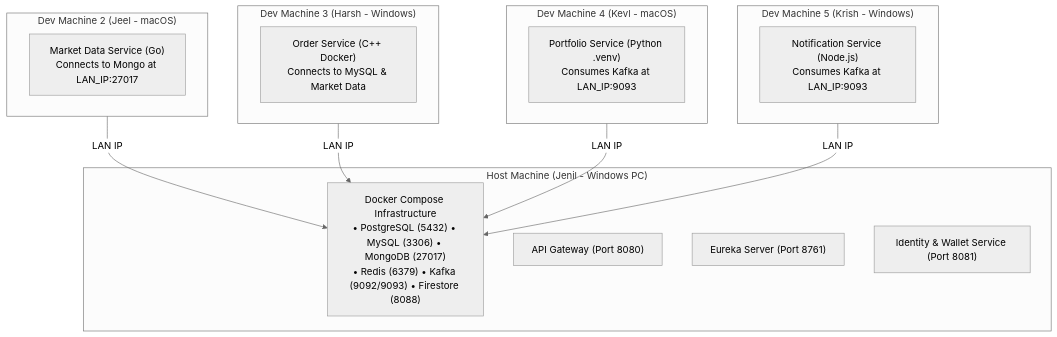
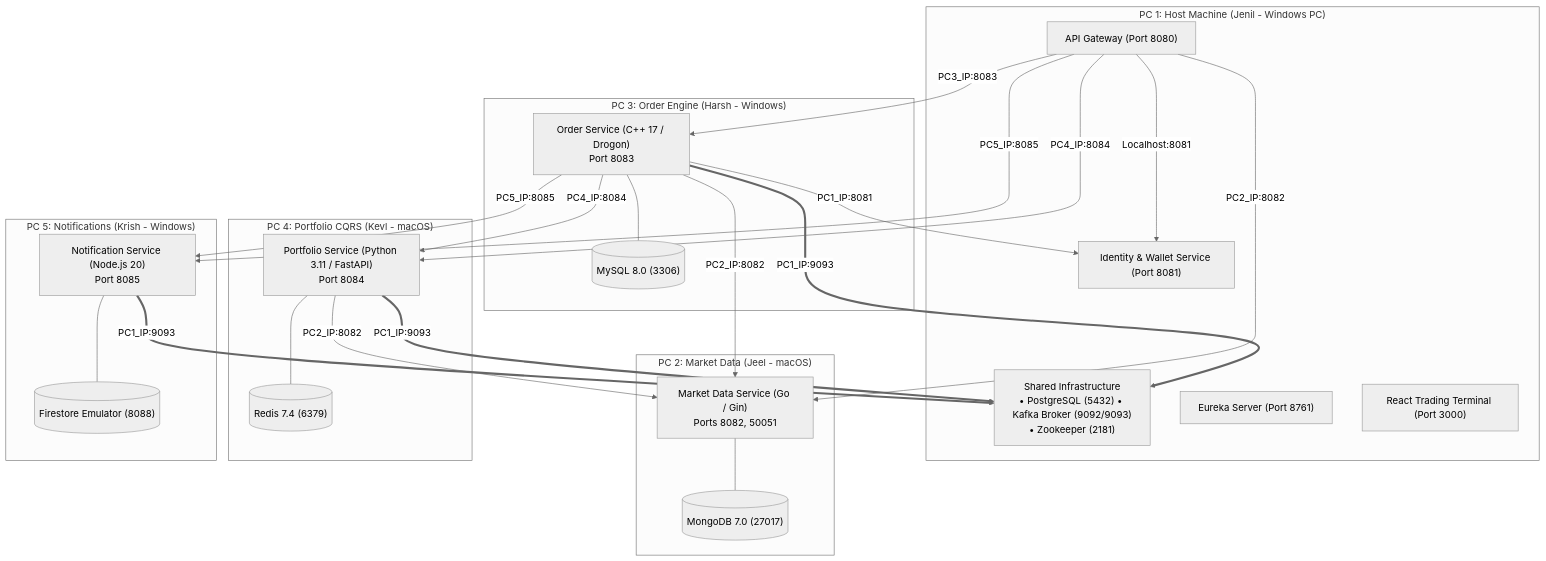
One commit to jenilsoni01/stock-trading-platform changed the diagram in docs/setup-multi-pc.md. Above: the diagram before and after it, drawn with Mermaid (neutral theme). The commit also changed other lines of this file and 2 other files, not shown here.

Commit message:
docs(architecture): update all architecture diagrams with dual-dispatch, self-contained databases per node, and multi-PC topology

````diff
--- a/docs/setup-multi-pc.md
+++ b/docs/setup-multi-pc.md
@@ -21,30 +21,52 @@
 ```mermaid
 flowchart TD
-    subgraph HostPC ["Host Machine (Jenil - Windows PC)"]
-        Infra["Docker Compose Infrastructure<br/>• PostgreSQL (5432) • MySQL (3306) • MongoDB (27017)<br/>• Redis (6379) • Kafka (9092/9093) • Firestore (8088)"]
+    subgraph HostPC ["PC 1: Host Machine (Jenil - Windows PC)"]
+        Infra["Shared Infrastructure<br/>• PostgreSQL (5432) • Kafka Broker (9092/9093)<br/>• Zookeeper (2181)"]
         Gateway["API Gateway (Port 8080)"]
         Eureka["Eureka Server (Port 8761)"]
         Identity["Identity & Wallet Service (Port 8081)"]
+        WebClient["React Trading Terminal (Port 3000)"]
     end
 
-    subgraph DevPC1 ["Dev Machine 2 (Jeel - macOS)"]
-        MarketSvc["Market Data Service (Go)<br/>Connects to Mongo at LAN_IP:27017"]
+    subgraph DevPC1 ["PC 2: Market Data (Jeel - macOS)"]
+        MarketSvc["Market Data Service (Go / Gin)<br/>Ports 8082, 50051"]
+        MongoDB[("MongoDB 7.0 (27017)")]
+        MarketSvc --- MongoDB
     end
 
-    subgraph DevPC2 ["Dev Machine 3 (Harsh - Windows)"]
-        OrderSvc["Order Service (C++ Docker)<br/>Connects to MySQL & Market Data"]
+    subgraph DevPC2 ["PC 3: Order Engine (Harsh - Windows)"]
+        OrderSvc["Order Service (C++ 17 / Drogon)<br/>Port 8083"]
+        MySQL[("MySQL 8.0 (3306)")]
+        OrderSvc --- MySQL
     end
 
-    subgraph DevPC3 ["Dev Machine 4 (Kevl - macOS)"]
-        PortfolioSvc["Portfolio Service (Python .venv)<br/>Consumes Kafka at LAN_IP:9093"]
+    subgraph DevPC3 ["PC 4: Portfolio CQRS (Kevl - macOS)"]
+        PortfolioSvc["Portfolio Service (Python 3.11 / FastAPI)<br/>Port 8084"]
+        Redis[("Redis 7.4 (6379)")]
+        PortfolioSvc --- Redis
     end
 
-    subgraph DevPC4 ["Dev Machine 5 (Krish - Windows)"]
-        NotificationSvc["Notification Service (Node.js)<br/>Consumes Kafka at LAN_IP:9093"]
+    subgraph DevPC4 ["PC 5: Notifications (Krish - Windows)"]
+        NotificationSvc["Notification Service (Node.js 20)<br/>Port 8085"]
+        Firestore[("Firestore Emulator (8088)")]
+        NotificationSvc --- Firestore
     end
 
-    DevPC1 -->|LAN IP| Infra
-    DevPC2 -->|LAN IP| Infra
-    DevPC3 -->|LAN IP| Infra
-    DevPC4 -->|LAN IP| Infra
+    %% Gateway to each microservice
+    Gateway -->|Localhost:8081| Identity
+    Gateway -->|PC2_IP:8082| MarketSvc
+    Gateway -->|PC3_IP:8083| OrderSvc
+    Gateway -->|PC4_IP:8084| PortfolioSvc
+    Gateway -->|PC5_IP:8085| NotificationSvc
+
+    %% Inter-service dependencies
+    OrderSvc -->|PC1_IP:8081| Identity
+    OrderSvc -->|PC2_IP:8082| MarketSvc
+    OrderSvc -->|PC4_IP:8084| PortfolioSvc
+    OrderSvc -->|PC5_IP:8085| NotificationSvc
+    OrderSvc ==>|PC1_IP:9093| Infra
+
+    PortfolioSvc -->|PC2_IP:8082| MarketSvc
+    PortfolioSvc ==>|PC1_IP:9093| Infra
+    NotificationSvc ==>|PC1_IP:9093| Infra
 ```
````
